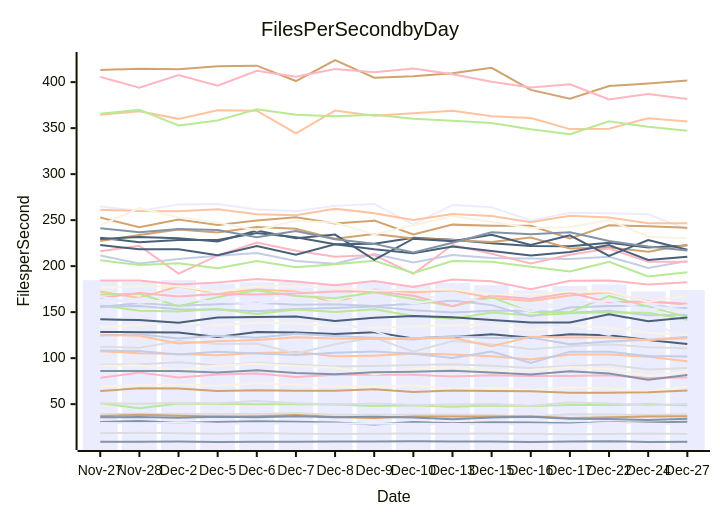
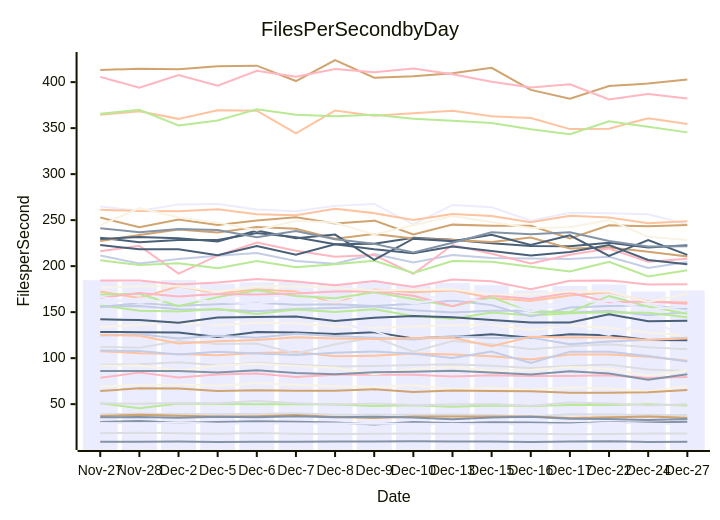
One commit to streetsidesoftware/cspell changed the diagram in perf-report.md. Above: the diagram before and after it, drawn with Mermaid. The commit also changed other lines of this file and 1 other file, not shown here.

````diff
--- a/perf-report.md
+++ b/perf-report.md
@@ -10,57 +10,57 @@
 ```mermaid
 xychart-beta
     title Files Per Second by Day
     y-axis Files per Second
     x-axis Date [Nov-27, Nov-28, Dec-2, Dec-5, Dec-6, Dec-7, Dec-8, Dec-9, Dec-10, Dec-13, Dec-15, Dec-16, Dec-17, Dec-22, Dec-24, Dec-27]
-    bar [184.75, 182.79, 184.99, 180.86, 182.42, 182.83, 180.95, 182.95, 179.19, 181.65, 179.36, 173.64, 178.43, 180.09, 172.48, 173.99]
-    line [9.05, 9.13, 9.38, 8.86, 9.19, 9.24, 9.33, 9.47, 9.61, 9.47, 9.27, 8.94, 9.45, 9.78, 8.90, 9.11]
-    line [107.62, 105.35, 104.37, 103.06, 105.64, 106.80, 101.95, 102.69, 105.10, 103.83, 102.19, 98.64, 104.01, 104.04, 101.53, 96.57]
-    line [112.25, 111.37, 118.51, 115.50, 115.87, 105.20, 115.20, 122.48, 107.06, 118.54, 115.18, 109.59, 113.00, 115.03, 111.88, 110.71]
-    line [50.94, 45.60, 50.75, 50.03, 49.80, 49.98, 49.59, 47.97, 48.84, 47.30, 48.59, 47.94, 49.07, 48.96, 49.98, 48.90]
-    line [413.25, 414.49, 414.13, 417.32, 417.87, 401.19, 424.05, 404.78, 406.35, 409.54, 415.50, 391.53, 381.89, 395.71, 398.52, 401.73]
-    line [155.95, 156.73, 153.23, 152.74, 150.88, 153.33, 154.58, 156.25, 152.15, 149.54, 151.43, 151.38, 149.35, 151.56, 146.50, 147.07]
-    line [184.50, 184.37, 180.13, 182.27, 185.97, 183.39, 179.18, 183.86, 177.29, 185.44, 183.45, 174.84, 184.02, 184.52, 180.06, 182.60]
-    line [128.38, 128.27, 127.96, 123.07, 128.36, 127.97, 126.37, 128.11, 121.50, 122.96, 125.85, 122.14, 126.07, 124.95, 119.60, 115.33]
-    line [69.18, 70.98, 71.07, 70.27, 72.65, 71.06, 69.32, 68.69, 70.43, 66.11, 67.91, 65.71, 68.06, 67.11, 63.78, 69.09]
-    line [264.70, 259.96, 267.12, 267.54, 261.60, 259.75, 265.50, 267.60, 245.47, 266.55, 263.96, 249.42, 258.13, 257.62, 256.30, 239.83]
-    line [30.58, 31.64, 29.90, 30.63, 31.36, 30.89, 30.17, 27.90, 30.55, 29.22, 30.21, 30.10, 29.27, 30.24, 30.04, 30.93]
-    line [364.55, 368.33, 360.08, 369.35, 368.90, 344.39, 369.08, 363.46, 366.29, 369.00, 363.03, 361.09, 348.96, 349.43, 360.81, 357.17]
-    line [38.93, 39.59, 39.21, 38.95, 39.16, 39.98, 38.54, 38.36, 38.36, 38.81, 38.12, 36.63, 38.97, 38.70, 38.32, 38.99]
-    line [157.58, 151.62, 150.61, 153.46, 148.08, 152.95, 150.14, 153.13, 145.78, 142.78, 149.53, 146.32, 148.93, 149.89, 149.32, 141.78]
-    line [37.13, 38.36, 37.28, 36.55, 36.94, 38.11, 36.16, 34.90, 36.59, 36.61, 36.51, 36.62, 35.07, 35.79, 36.55, 36.80]
-    line [155.60, 159.85, 157.03, 158.70, 160.32, 157.97, 158.53, 156.72, 159.18, 162.67, 157.64, 145.39, 155.01, 156.77, 157.19, 154.59]
-    line [78.64, 84.26, 78.88, 82.13, 83.39, 79.45, 81.95, 82.06, 81.96, 79.96, 81.37, 80.53, 80.51, 81.49, 78.49, 78.94]
-    line [230.78, 225.94, 228.40, 228.42, 235.98, 231.28, 223.81, 224.38, 230.73, 228.56, 225.00, 222.02, 221.71, 225.51, 220.33, 222.57]
-    line [133.61, 136.04, 138.47, 135.71, 138.36, 137.92, 134.36, 132.66, 134.27, 135.78, 136.38, 130.55, 135.39, 132.89, 127.54, 125.14]
-    line [141.79, 143.85, 132.83, 138.36, 145.16, 141.72, 138.92, 129.58, 113.42, 125.88, 138.00, 137.98, 133.31, 125.20, 140.89, 120.11]
-    line [35.82, 35.94, 35.10, 36.40, 35.75, 36.91, 35.78, 36.33, 35.41, 33.56, 35.56, 36.21, 34.19, 33.89, 32.69, 34.14]
-    line [261.27, 259.85, 259.59, 261.91, 256.38, 255.24, 262.31, 257.60, 250.13, 256.58, 254.55, 247.67, 254.88, 252.93, 246.70, 246.73]
-    line [92.74, 93.28, 95.50, 92.21, 94.67, 92.84, 90.85, 91.43, 92.60, 93.37, 91.85, 89.18, 91.59, 93.06, 87.76, 89.30]
-    line [365.67, 369.95, 352.91, 358.41, 370.56, 364.48, 362.78, 364.44, 360.18, 358.05, 355.49, 348.84, 343.31, 357.38, 351.53, 347.27]
-    line [227.35, 233.78, 239.72, 236.67, 242.41, 240.69, 229.87, 234.86, 230.17, 228.31, 226.27, 231.21, 219.13, 220.31, 215.56, 223.28]
-    line [211.52, 202.80, 207.87, 211.25, 214.29, 205.55, 202.50, 213.14, 203.97, 212.22, 208.88, 208.37, 207.77, 210.28, 198.12, 205.48]
-    line [216.21, 222.03, 191.91, 211.40, 225.62, 216.82, 210.15, 212.06, 191.55, 223.01, 213.39, 202.82, 212.32, 219.19, 204.86, 204.81]
-    line [223.01, 218.30, 218.24, 211.89, 221.99, 212.41, 223.76, 218.34, 214.11, 221.23, 216.34, 211.66, 215.40, 222.98, 206.68, 210.26]
-    line [91.62, 92.04, 86.62, 91.97, 93.82, 91.60, 89.44, 82.46, 88.30, 90.18, 86.83, 87.07, 90.37, 88.26, 80.81, 85.61]
-    line [29.42, 28.97, 30.07, 28.83, 29.04, 29.09, 29.10, 28.75, 28.65, 28.35, 28.26, 28.09, 27.81, 29.86, 28.77, 28.11]
-    line [86.09, 86.12, 86.10, 84.45, 86.85, 83.80, 82.54, 84.79, 85.17, 86.33, 84.51, 82.32, 85.67, 83.25, 76.44, 81.58]
-    line [172.41, 165.34, 178.00, 170.24, 174.62, 172.41, 159.51, 174.62, 171.51, 173.65, 165.49, 162.20, 168.07, 171.52, 161.55, 158.43]
-    line [18.41, 18.93, 18.48, 17.91, 18.52, 17.91, 17.46, 17.89, 18.13, 17.78, 18.13, 17.93, 17.37, 17.53, 18.08, 17.63]
-    line [206.29, 201.28, 203.16, 197.69, 205.56, 198.75, 201.98, 205.78, 192.58, 205.45, 204.82, 199.34, 194.10, 204.78, 188.75, 193.39]
-    line [252.77, 242.22, 250.75, 244.77, 249.57, 253.00, 246.33, 249.46, 234.43, 245.12, 243.88, 243.97, 230.01, 244.43, 243.32, 241.83]
-    line [124.58, 126.05, 121.44, 124.27, 122.27, 126.51, 124.16, 122.14, 120.17, 124.20, 121.82, 122.30, 114.99, 117.98, 119.98, 123.02]
-    line [405.72, 393.85, 407.78, 396.11, 412.42, 405.98, 414.20, 410.80, 414.80, 408.65, 400.36, 394.11, 397.72, 381.16, 387.10, 381.78]
-    line [229.52, 231.73, 230.37, 226.75, 238.77, 230.39, 234.25, 206.87, 229.87, 227.19, 234.07, 222.96, 233.49, 211.10, 228.39, 217.76]
-    line [244.22, 263.12, 252.89, 247.30, 238.91, 249.28, 247.23, 234.36, 244.44, 254.37, 247.88, 241.35, 242.19, 249.98, 231.90, 230.13]
-    line [158.91, 164.95, 167.24, 171.12, 163.98, 170.66, 165.03, 168.12, 167.40, 165.15, 163.12, 158.04, 158.90, 159.56, 158.26, 148.92]
-    line [241.24, 236.91, 240.36, 239.27, 231.52, 238.08, 229.24, 224.19, 214.79, 225.36, 236.86, 234.70, 236.77, 227.25, 221.39, 217.03]
-    line [125.05, 124.39, 115.88, 118.39, 119.81, 122.77, 121.45, 120.76, 121.79, 122.20, 112.97, 123.23, 122.39, 122.57, 119.82, 121.51]
-    line [50.94, 50.51, 51.36, 50.85, 53.51, 50.97, 49.51, 50.73, 49.15, 49.54, 50.29, 48.39, 51.90, 50.84, 48.41, 50.22]
-    line [169.17, 169.92, 156.42, 166.33, 173.70, 167.47, 165.08, 171.54, 164.38, 156.51, 166.27, 150.03, 149.99, 167.61, 155.99, 144.56]
-    line [64.17, 67.20, 67.10, 64.34, 65.01, 64.46, 64.51, 66.15, 63.18, 64.91, 64.35, 64.10, 62.51, 62.39, 63.01, 64.85]
-    line [108.35, 107.81, 104.02, 106.94, 104.99, 103.46, 105.91, 107.21, 104.66, 100.11, 107.13, 94.87, 107.05, 106.83, 102.33, 101.88]
-    line [165.40, 170.85, 167.09, 169.78, 169.21, 170.29, 172.44, 172.82, 167.78, 156.48, 168.20, 164.35, 171.17, 160.66, 161.47, 159.05]
-    line [142.17, 141.34, 138.40, 144.20, 144.71, 145.14, 140.38, 143.82, 145.78, 144.45, 141.51, 138.80, 138.75, 147.65, 140.01, 144.09]
-    line [176.49, 178.04, 178.10, 172.07, 178.26, 177.85, 176.41, 173.41, 174.24, 174.74, 169.36, 169.15, 172.44, 172.46, 160.97, 168.46]
-    line [166.53, 160.28, 164.60, 161.29, 159.50, 164.08, 160.40, 166.00, 159.37, 165.42, 161.29, 150.68, 160.30, 162.32, 152.82, 157.38]
+    bar [184.75, 182.79, 184.99, 180.86, 182.42, 182.83, 180.95, 182.95, 179.19, 181.65, 179.36, 173.64, 178.43, 180.09, 172.48, 173.54]
+    line [9.05, 9.13, 9.38, 8.86, 9.19, 9.24, 9.33, 9.47, 9.61, 9.47, 9.27, 8.94, 9.45, 9.78, 8.90, 9.07]
+    line [107.62, 105.35, 104.37, 103.06, 105.64, 106.80, 101.95, 102.69, 105.10, 103.83, 102.19, 98.64, 104.01, 104.04, 101.53, 97.16]
+    line [112.25, 111.37, 118.51, 115.50, 115.87, 105.20, 115.20, 122.48, 107.06, 118.54, 115.18, 109.59, 113.00, 115.03, 111.88, 109.68]
+    line [50.94, 45.60, 50.75, 50.03, 49.80, 49.98, 49.59, 47.97, 48.84, 47.30, 48.59, 47.94, 49.07, 48.96, 49.98, 48.46]
+    line [413.25, 414.49, 414.13, 417.32, 417.87, 401.19, 424.05, 404.78, 406.35, 409.54, 415.50, 391.53, 381.89, 395.71, 398.52, 402.79]
+    line [155.95, 156.73, 153.23, 152.74, 150.88, 153.33, 154.58, 156.25, 152.15, 149.54, 151.43, 151.38, 149.35, 151.56, 146.50, 150.10]
+    line [184.50, 184.37, 180.13, 182.27, 185.97, 183.39, 179.18, 183.86, 177.29, 185.44, 183.45, 174.84, 184.02, 184.52, 180.06, 180.25]
+    line [128.38, 128.27, 127.96, 123.07, 128.36, 127.97, 126.37, 128.11, 121.50, 122.96, 125.85, 122.14, 126.07, 124.95, 119.60, 119.43]
+    line [69.18, 70.98, 71.07, 70.27, 72.65, 71.06, 69.32, 68.69, 70.43, 66.11, 67.91, 65.71, 68.06, 67.11, 63.78, 69.83]
+    line [264.70, 259.96, 267.12, 267.54, 261.60, 259.75, 265.50, 267.60, 245.47, 266.55, 263.96, 249.42, 258.13, 257.62, 256.30, 245.45]
+    line [30.58, 31.64, 29.90, 30.63, 31.36, 30.89, 30.17, 27.90, 30.55, 29.22, 30.21, 30.10, 29.27, 30.24, 30.04, 30.99]
+    line [364.55, 368.33, 360.08, 369.35, 368.90, 344.39, 369.08, 363.46, 366.29, 369.00, 363.03, 361.09, 348.96, 349.43, 360.81, 354.60]
+    line [38.93, 39.59, 39.21, 38.95, 39.16, 39.98, 38.54, 38.36, 38.36, 38.81, 38.12, 36.63, 38.97, 38.70, 38.32, 38.26]
+    line [157.58, 151.62, 150.61, 153.46, 148.08, 152.95, 150.14, 153.13, 145.78, 142.78, 149.53, 146.32, 148.93, 149.89, 149.32, 144.39]
+    line [37.13, 38.36, 37.28, 36.55, 36.94, 38.11, 36.16, 34.90, 36.59, 36.61, 36.51, 36.62, 35.07, 35.79, 36.55, 35.09]
+    line [155.60, 159.85, 157.03, 158.70, 160.32, 157.97, 158.53, 156.72, 159.18, 162.67, 157.64, 145.39, 155.01, 156.77, 157.19, 153.46]
+    line [78.64, 84.26, 78.88, 82.13, 83.39, 79.45, 81.95, 82.06, 81.96, 79.96, 81.37, 80.53, 80.51, 81.49, 78.49, 79.44]
+    line [230.78, 225.94, 228.40, 228.42, 235.98, 231.28, 223.81, 224.38, 230.73, 228.56, 225.00, 222.02, 221.71, 225.51, 220.33, 222.69]
+    line [133.61, 136.04, 138.47, 135.71, 138.36, 137.92, 134.36, 132.66, 134.27, 135.78, 136.38, 130.55, 135.39, 132.89, 127.54, 124.61]
+    line [141.79, 143.85, 132.83, 138.36, 145.16, 141.72, 138.92, 129.58, 113.42, 125.88, 138.00, 137.98, 133.31, 125.20, 140.89, 123.76]
+    line [35.82, 35.94, 35.10, 36.40, 35.75, 36.91, 35.78, 36.33, 35.41, 33.56, 35.56, 36.21, 34.19, 33.89, 32.69, 33.95]
+    line [261.27, 259.85, 259.59, 261.91, 256.38, 255.24, 262.31, 257.60, 250.13, 256.58, 254.55, 247.67, 254.88, 252.93, 246.70, 248.73]
+    line [92.74, 93.28, 95.50, 92.21, 94.67, 92.84, 90.85, 91.43, 92.60, 93.37, 91.85, 89.18, 91.59, 93.06, 87.76, 85.72]
+    line [365.67, 369.95, 352.91, 358.41, 370.56, 364.48, 362.78, 364.44, 360.18, 358.05, 355.49, 348.84, 343.31, 357.38, 351.53, 345.39]
+    line [227.35, 233.78, 239.72, 236.67, 242.41, 240.69, 229.87, 234.86, 230.17, 228.31, 226.27, 231.21, 219.13, 220.31, 215.56, 210.39]
+    line [211.52, 202.80, 207.87, 211.25, 214.29, 205.55, 202.50, 213.14, 203.97, 212.22, 208.88, 208.37, 207.77, 210.28, 198.12, 204.40]
+    line [216.21, 222.03, 191.91, 211.40, 225.62, 216.82, 210.15, 212.06, 191.55, 223.01, 213.39, 202.82, 212.32, 219.19, 204.86, 207.97]
+    line [223.01, 218.30, 218.24, 211.89, 221.99, 212.41, 223.76, 218.34, 214.11, 221.23, 216.34, 211.66, 215.40, 222.98, 206.68, 202.06]
+    line [91.62, 92.04, 86.62, 91.97, 93.82, 91.60, 89.44, 82.46, 88.30, 90.18, 86.83, 87.07, 90.37, 88.26, 80.81, 86.47]
+    line [29.42, 28.97, 30.07, 28.83, 29.04, 29.09, 29.10, 28.75, 28.65, 28.35, 28.26, 28.09, 27.81, 29.86, 28.77, 27.94]
+    line [86.09, 86.12, 86.10, 84.45, 86.85, 83.80, 82.54, 84.79, 85.17, 86.33, 84.51, 82.32, 85.67, 83.25, 76.44, 82.43]
+    line [172.41, 165.34, 178.00, 170.24, 174.62, 172.41, 159.51, 174.62, 171.51, 173.65, 165.49, 162.20, 168.07, 171.52, 161.55, 160.38]
+    line [18.41, 18.93, 18.48, 17.91, 18.52, 17.91, 17.46, 17.89, 18.13, 17.78, 18.13, 17.93, 17.37, 17.53, 18.08, 17.97]
+    line [206.29, 201.28, 203.16, 197.69, 205.56, 198.75, 201.98, 205.78, 192.58, 205.45, 204.82, 199.34, 194.10, 204.78, 188.75, 195.62]
+    line [252.77, 242.22, 250.75, 244.77, 249.57, 253.00, 246.33, 249.46, 234.43, 245.12, 243.88, 243.97, 230.01, 244.43, 243.32, 244.74]
+    line [124.58, 126.05, 121.44, 124.27, 122.27, 126.51, 124.16, 122.14, 120.17, 124.20, 121.82, 122.30, 114.99, 117.98, 119.98, 122.26]
+    line [405.72, 393.85, 407.78, 396.11, 412.42, 405.98, 414.20, 410.80, 414.80, 408.65, 400.36, 394.11, 397.72, 381.16, 387.10, 382.18]
+    line [229.52, 231.73, 230.37, 226.75, 238.77, 230.39, 234.25, 206.87, 229.87, 227.19, 234.07, 222.96, 233.49, 211.10, 228.39, 212.27]
+    line [244.22, 263.12, 252.89, 247.30, 238.91, 249.28, 247.23, 234.36, 244.44, 254.37, 247.88, 241.35, 242.19, 249.98, 231.90, 228.38]
+    line [158.91, 164.95, 167.24, 171.12, 163.98, 170.66, 165.03, 168.12, 167.40, 165.15, 163.12, 158.04, 158.90, 159.56, 158.26, 149.38]
+    line [241.24, 236.91, 240.36, 239.27, 231.52, 238.08, 229.24, 224.19, 214.79, 225.36, 236.86, 234.70, 236.77, 227.25, 221.39, 221.64]
+    line [125.05, 124.39, 115.88, 118.39, 119.81, 122.77, 121.45, 120.76, 121.79, 122.20, 112.97, 123.23, 122.39, 122.57, 119.82, 121.66]
+    line [50.94, 50.51, 51.36, 50.85, 53.51, 50.97, 49.51, 50.73, 49.15, 49.54, 50.29, 48.39, 51.90, 50.84, 48.41, 49.94]
+    line [169.17, 169.92, 156.42, 166.33, 173.70, 167.47, 165.08, 171.54, 164.38, 156.51, 166.27, 150.03, 149.99, 167.61, 155.99, 148.15]
+    line [64.17, 67.20, 67.10, 64.34, 65.01, 64.46, 64.51, 66.15, 63.18, 64.91, 64.35, 64.10, 62.51, 62.39, 63.01, 65.26]
+    line [108.35, 107.81, 104.02, 106.94, 104.99, 103.46, 105.91, 107.21, 104.66, 100.11, 107.13, 94.87, 107.05, 106.83, 102.33, 96.35]
+    line [165.40, 170.85, 167.09, 169.78, 169.21, 170.29, 172.44, 172.82, 167.78, 156.48, 168.20, 164.35, 171.17, 160.66, 161.47, 159.18]
+    line [142.17, 141.34, 138.40, 144.20, 144.71, 145.14, 140.38, 143.82, 145.78, 144.45, 141.51, 138.80, 138.75, 147.65, 140.01, 140.67]
+    line [176.49, 178.04, 178.10, 172.07, 178.26, 177.85, 176.41, 173.41, 174.24, 174.74, 169.36, 169.15, 172.44, 172.46, 160.97, 170.04]
+    line [166.53, 160.28, 164.60, 161.29, 159.50, 164.08, 160.40, 166.00, 159.37, 165.42, 161.29, 150.68, 160.30, 162.32, 152.82, 156.10]
 ```
````
